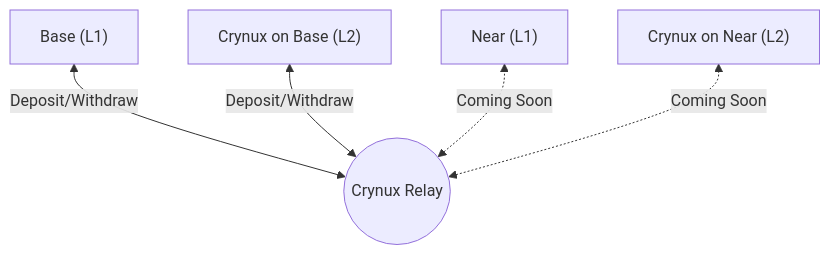
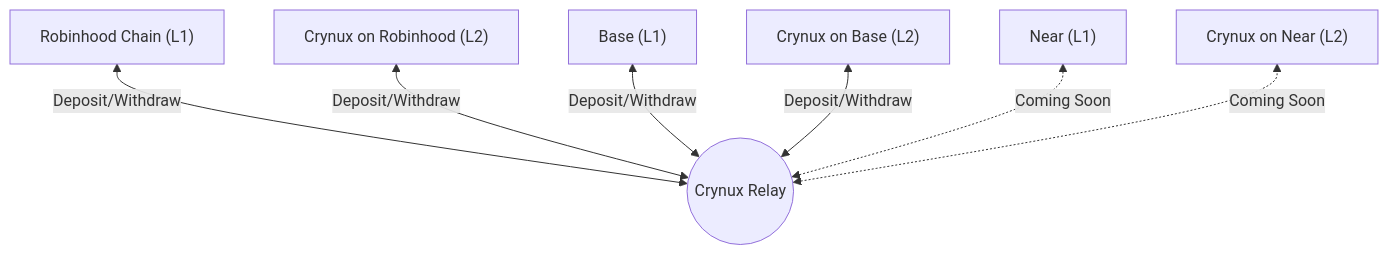
One commit to crynux-network/documentation changed the second of 2 diagrams in gitbook/crynux-blockchains/multi-chain.md. Above: the diagram before and after it, drawn with Mermaid. The commit also changed other lines of this file and 13 other files, not shown here.

Commit message:
[feature] add robinhood chain

````diff
--- a/gitbook/crynux-blockchains/multi-chain.md
+++ b/gitbook/crynux-blockchains/multi-chain.md
@@ -43,7 +45,9 @@
 ```mermaid
 flowchart BT
-  RELAY(("Crynux Relay")) <-- Deposit/Withdraw --> BASE["Base (L1)"]
+  RELAY(("Crynux Relay")) <-- Deposit/Withdraw --> RH["Robinhood Chain (L1)"]
+  RELAY <-- Deposit/Withdraw --> CRYNUX_RH["Crynux on Robinhood (L2)"]
+  RELAY <-- Deposit/Withdraw --> BASE["Base (L1)"]
   RELAY <-- Deposit/Withdraw --> CRYNUX_BASE["Crynux on Base (L2)"]
   RELAY <-. Coming Soon .-> NEAR["Near (L1)"]
   RELAY <-. Coming Soon .-> CRYNUX_NEAR["Crynux on Near (L2)"]
 ```
````
